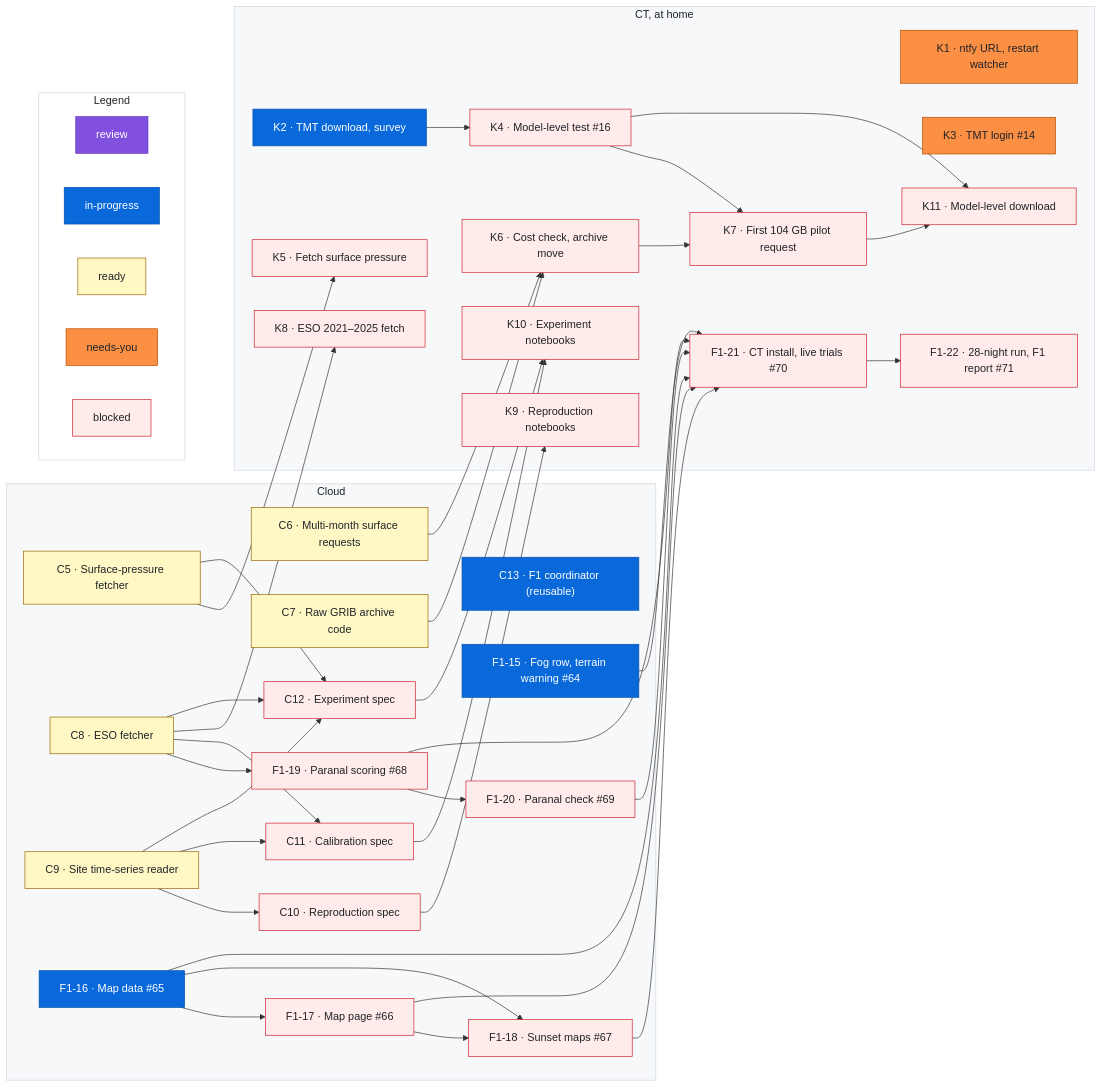
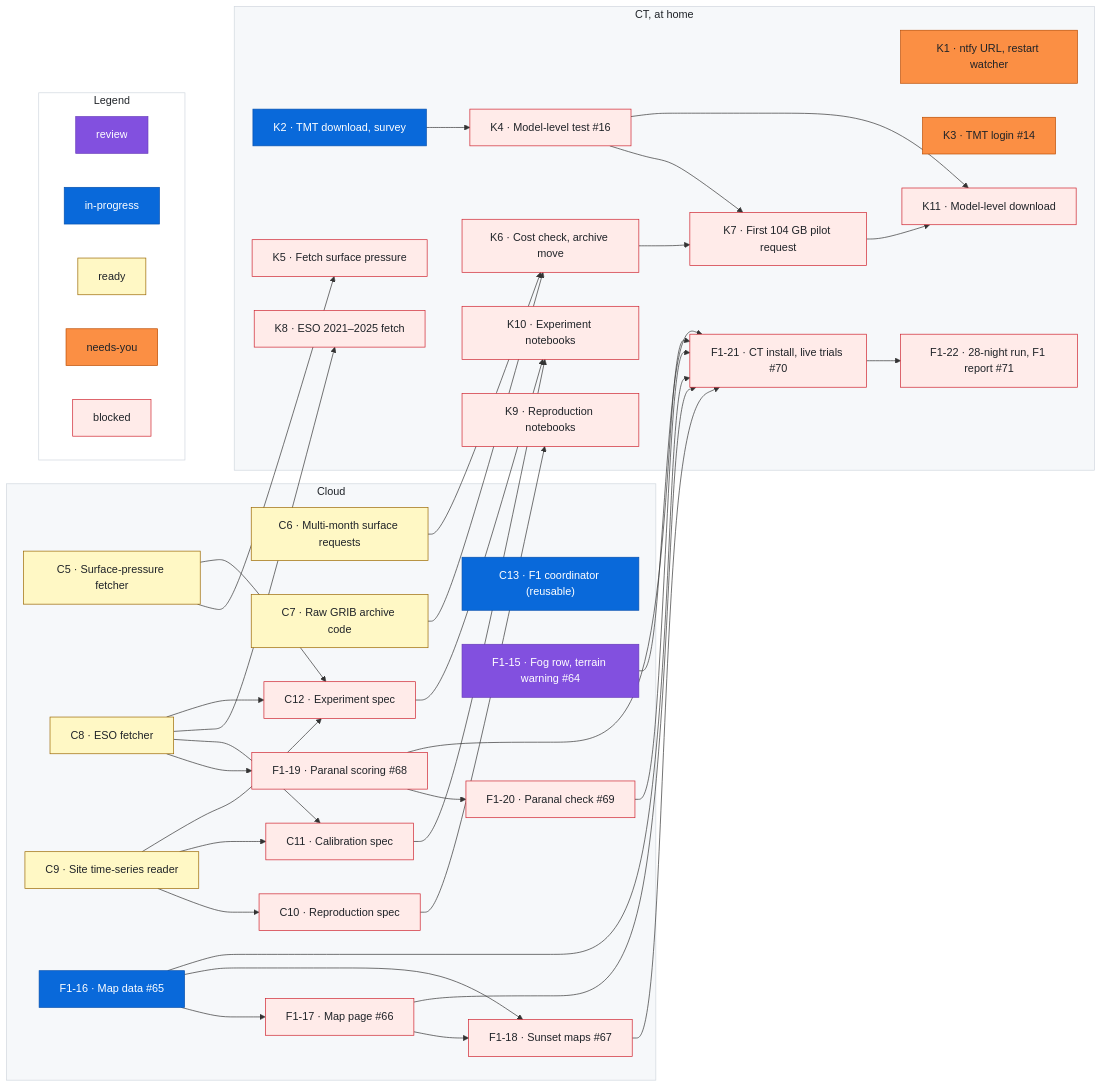
The diagram in docs/roadmap.md (rrweller/Astro-seeing), drawn with Mermaid before and after one commit. The commit also changed other lines of this file, not shown here.

Commit message:
roadmap: F1-15 in-progress → review
Claude-Session: https://claude.ai/code/session_01ECS9raFm3vxsrVcoCuKymK

```diff
--- a/docs/roadmap.md
+++ b/docs/roadmap.md
@@ -175,7 +175,7 @@
   %% ---
   class C13 inprogress
   %% ---
-  class F1_15 inprogress
+  class F1_15 review
   %% ---
   class F1_16 inprogress
   %% ---
```
